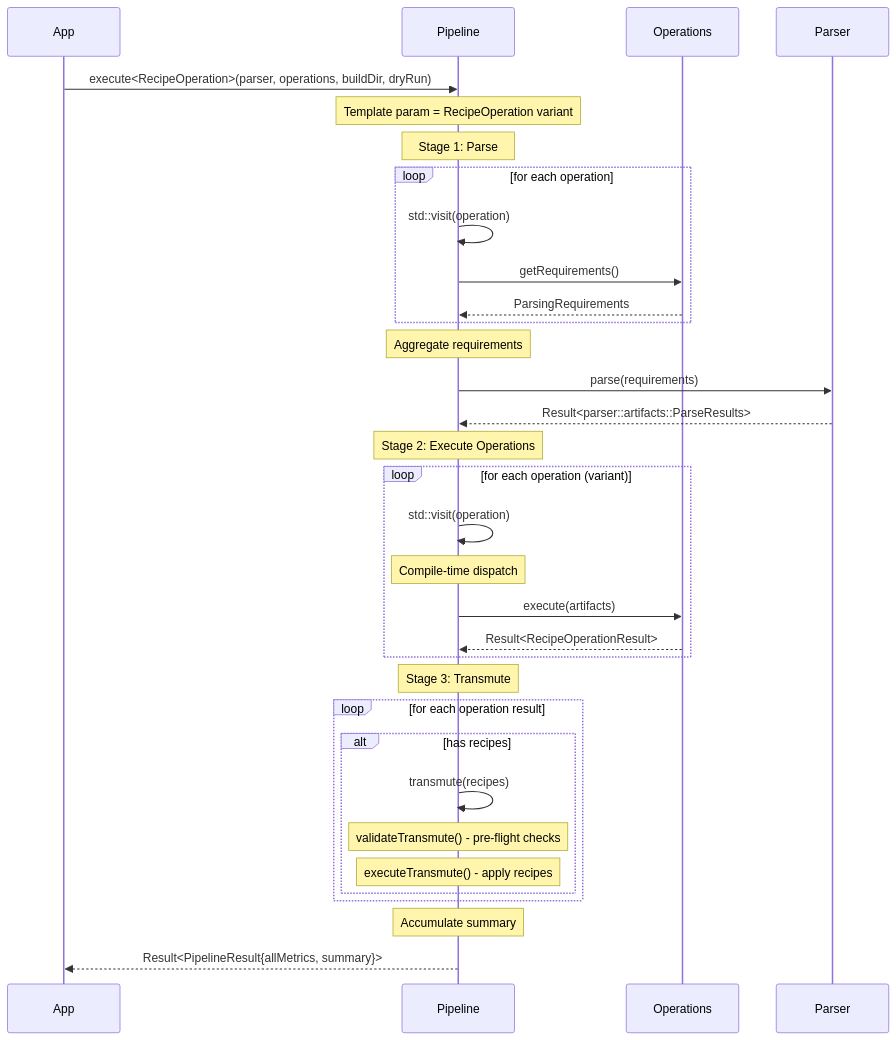
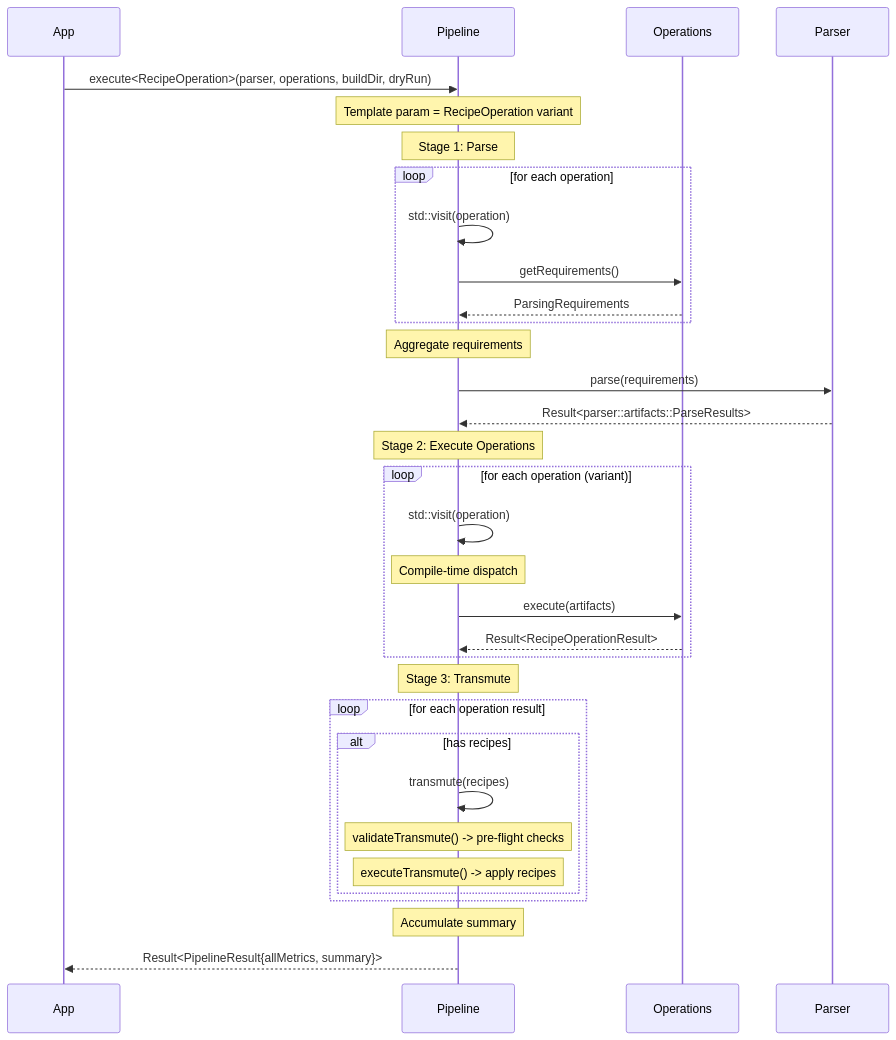
Before and after one commit to turakz/alchemy: the fifth of 10 diagrams in docs/design/sequence-diagrams.md, drawn with Mermaid. The commit also changed other lines of this file and 122 other files, not shown here.

````diff
--- a/docs/design/sequence-diagrams.md
+++ b/docs/design/sequence-diagrams.md
@@ -271,40 +385,40 @@
 ```mermaid
 sequenceDiagram
     participant App
     participant Pipeline
     participant Operations
     participant Parser
 
     App->>Pipeline: execute<RecipeOperation>(parser, operations, buildDir, dryRun)
     Note over Pipeline: Template param = RecipeOperation variant
 
     Note over Pipeline: Stage 1: Parse
     loop for each operation
         Pipeline->>Pipeline: std::visit(operation)
         Pipeline->>Operations: getRequirements()
         Operations-->>Pipeline: ParsingRequirements
     end
     Note over Pipeline: Aggregate requirements
     Pipeline->>Parser: parse(requirements)
     Parser-->>Pipeline: Result<parser::artifacts::ParseResults>
 
     Note over Pipeline: Stage 2: Execute Operations
     loop for each operation (variant)
         Pipeline->>Pipeline: std::visit(operation)
         Note over Pipeline: Compile-time dispatch
         Pipeline->>Operations: execute(artifacts)
         Operations-->>Pipeline: Result<RecipeOperationResult>
     end
 
     Note over Pipeline: Stage 3: Transmute
     loop for each operation result
         alt has recipes
             Pipeline->>Pipeline: transmute(recipes)
-            Note over Pipeline: validateTransmute() - pre-flight checks
-            Note over Pipeline: executeTransmute() - apply recipes
+            Note over Pipeline: validateTransmute() -> pre-flight checks
+            Note over Pipeline: executeTransmute() -> apply recipes
         end
     end
     Note over Pipeline: Accumulate summary
 
     Pipeline-->>App: Result<PipelineResult{allMetrics, summary}>
 ```
````
